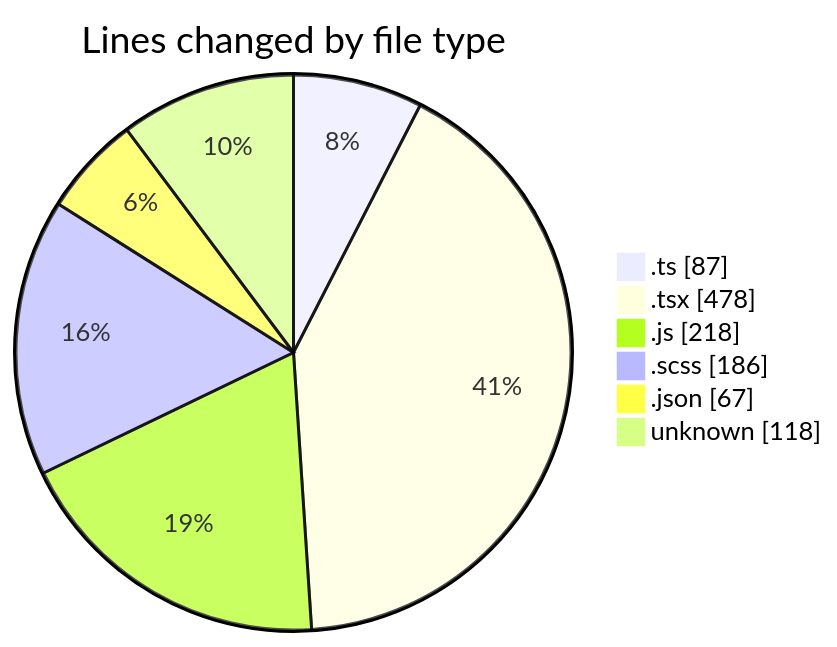
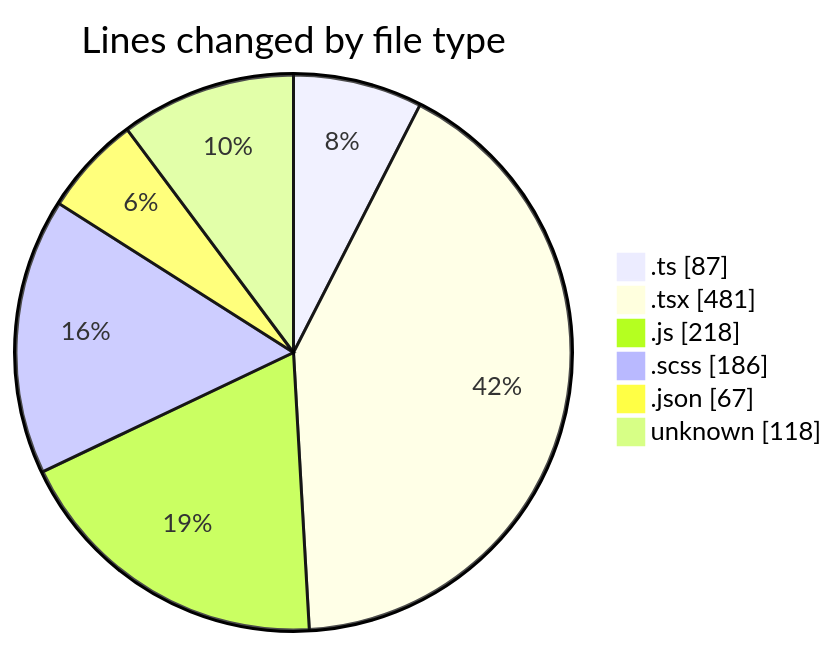
The first of 2 diagrams in 2026-05-08/cda/README.md (momahboobian/code-tracking), drawn with Mermaid before and after one commit. The commit also changed other lines of this file and 1 other file, not shown here.

````diff
--- a/2026-05-08/cda/README.md
+++ b/2026-05-08/cda/README.md
@@ -35,10 +36,10 @@
 ```mermaid
 pie showData
 title Lines changed by file type
 ".ts" : 87
-".tsx" : 478
+".tsx" : 481
 ".js" : 218
 ".scss" : 186
 ".json" : 67
 "unknown" : 118
 ```
````
